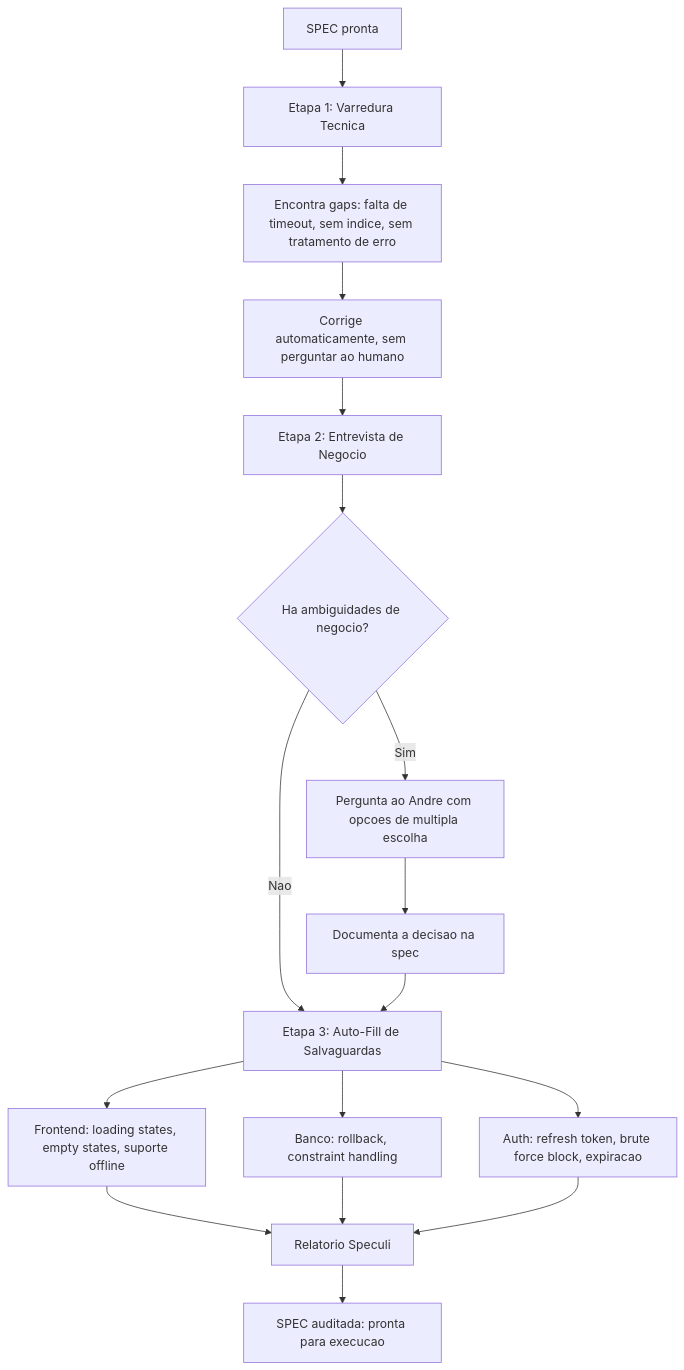
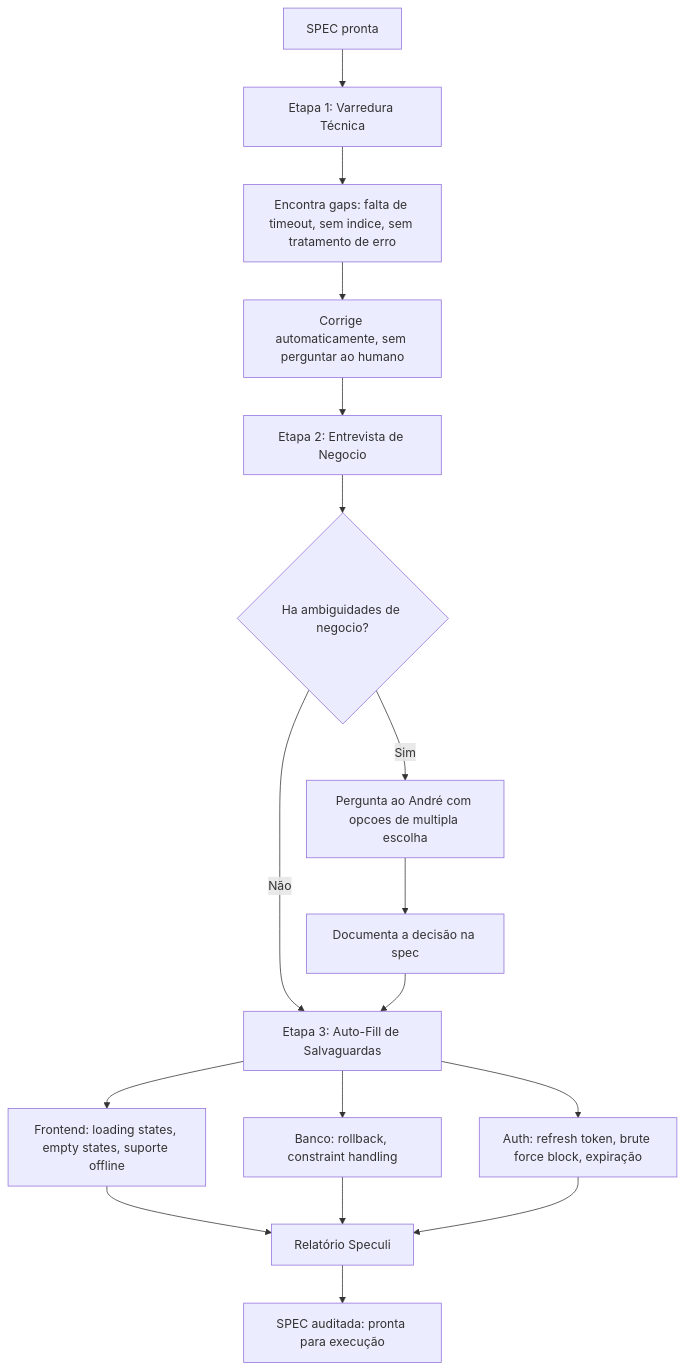
The fourth of 6 diagrams in README.md (andreluizsmartins/SDD-Spec-Driven-Development), drawn with Mermaid before and after one commit. The commit also changed other lines of this file, not shown here.

````diff
--- a/README.md
+++ b/README.md
@@ -129,17 +129,17 @@
 ```mermaid
 flowchart TD
-    A[SPEC pronta] --> B[Etapa 1: Varredura Tecnica]
+    A[SPEC pronta] --> B[Etapa 1: Varredura Técnica]
     B --> B1[Encontra gaps: falta de timeout, sem indice, sem tratamento de erro]
     B1 --> B2[Corrige automaticamente, sem perguntar ao humano]
     B2 --> C[Etapa 2: Entrevista de Negocio]
     C --> C1{Ha ambiguidades de negocio?}
-    C1 -->|Sim| C2[Pergunta ao Andre com opcoes de multipla escolha]
-    C2 --> C3[Documenta a decisao na spec]
-    C1 -->|Nao| D[Etapa 3: Auto-Fill de Salvaguardas]
+    C1 -->|Sim| C2[Pergunta ao André com opcoes de multipla escolha]
+    C2 --> C3[Documenta a decisão na spec]
+    C1 -->|Não| D[Etapa 3: Auto-Fill de Salvaguardas]
     C3 --> D
     D --> D1[Frontend: loading states, empty states, suporte offline]
     D --> D2[Banco: rollback, constraint handling]
-    D --> D3[Auth: refresh token, brute force block, expiracao]
-    D1 & D2 & D3 --> E[Relatorio Speculi]
-    E --> F[SPEC auditada: pronta para execucao]
+    D --> D3[Auth: refresh token, brute force block, expiração]
+    D1 & D2 & D3 --> E[Relatório Speculi]
+    E --> F[SPEC auditada: pronta para execução]
 ```
````
